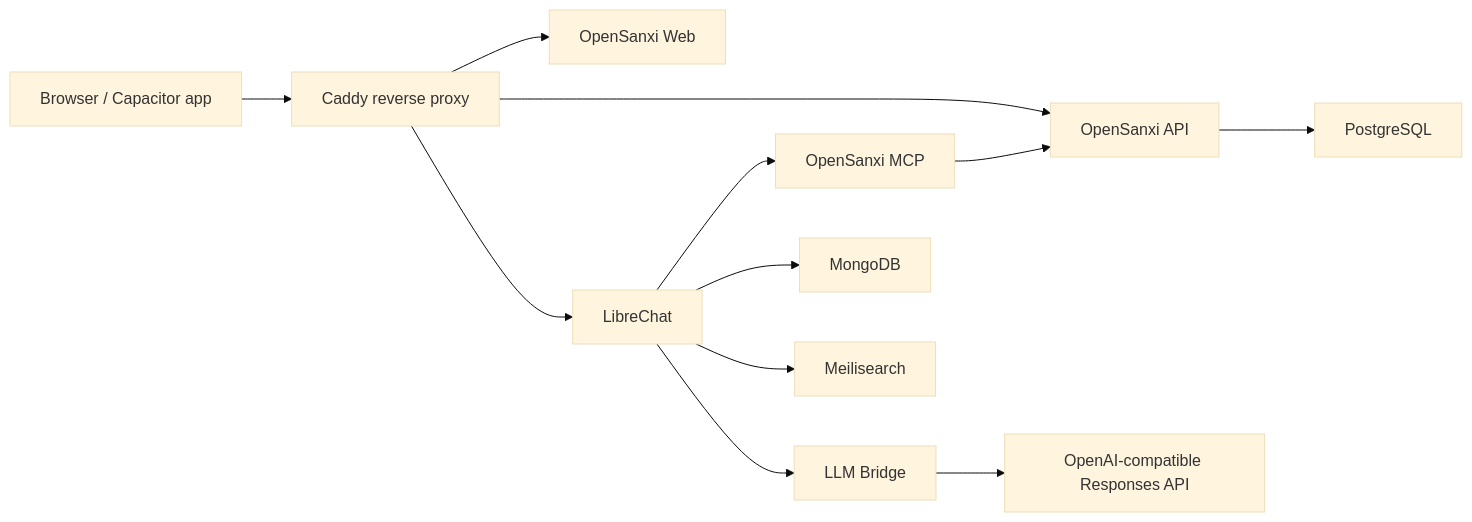
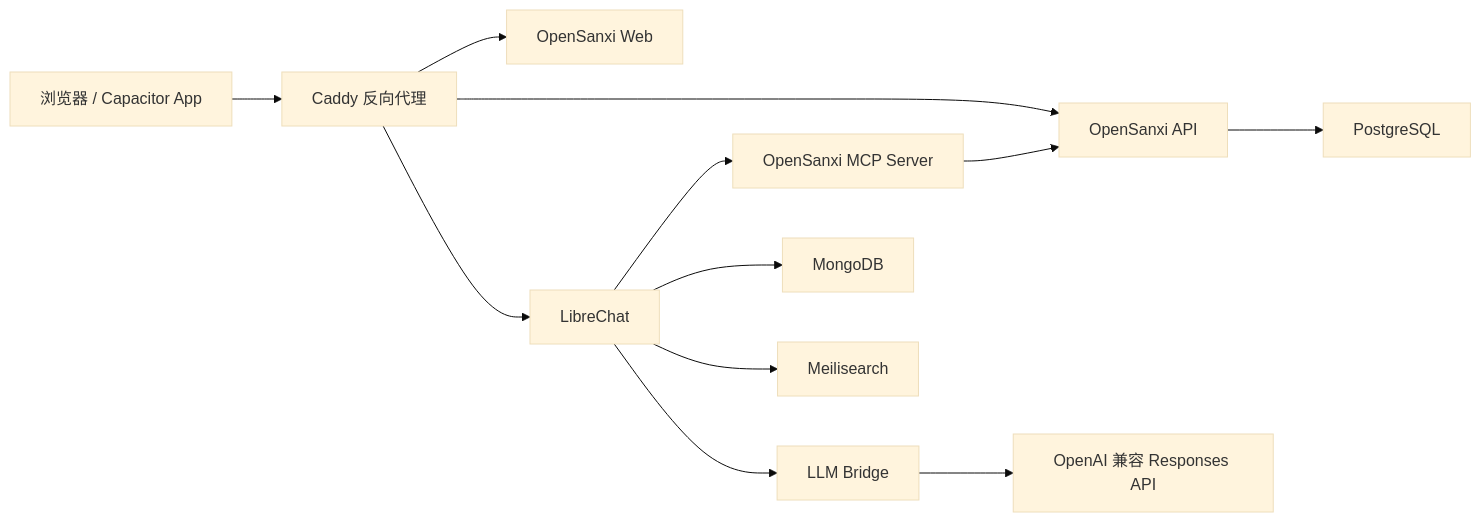
Before and after one commit to Invoser/opensanxi: the diagram in README.md, drawn with Mermaid (base theme). The commit also changed other lines of this file, not shown here.

````diff
--- a/README.md
+++ b/README.md
@@ -20,14 +22,14 @@
 ```mermaid
 flowchart LR
-  Browser["Browser / Capacitor app"] --> Caddy["Caddy reverse proxy"]
+  Browser["浏览器 / Capacitor App"] --> Caddy["Caddy 反向代理"]
   Caddy --> Web["OpenSanxi Web"]
   Caddy --> API["OpenSanxi API"]
   Caddy --> Chat["LibreChat"]
   Chat --> Bridge["LLM Bridge"]
-  Bridge --> LLM["OpenAI-compatible Responses API"]
-  Chat --> MCP["OpenSanxi MCP"]
+  Bridge --> LLM["OpenAI 兼容 Responses API"]
+  Chat --> MCP["OpenSanxi MCP Server"]
   MCP --> API
   API --> Postgres["PostgreSQL"]
   Chat --> Mongo["MongoDB"]
   Chat --> Meili["Meilisearch"]
 ```
````
